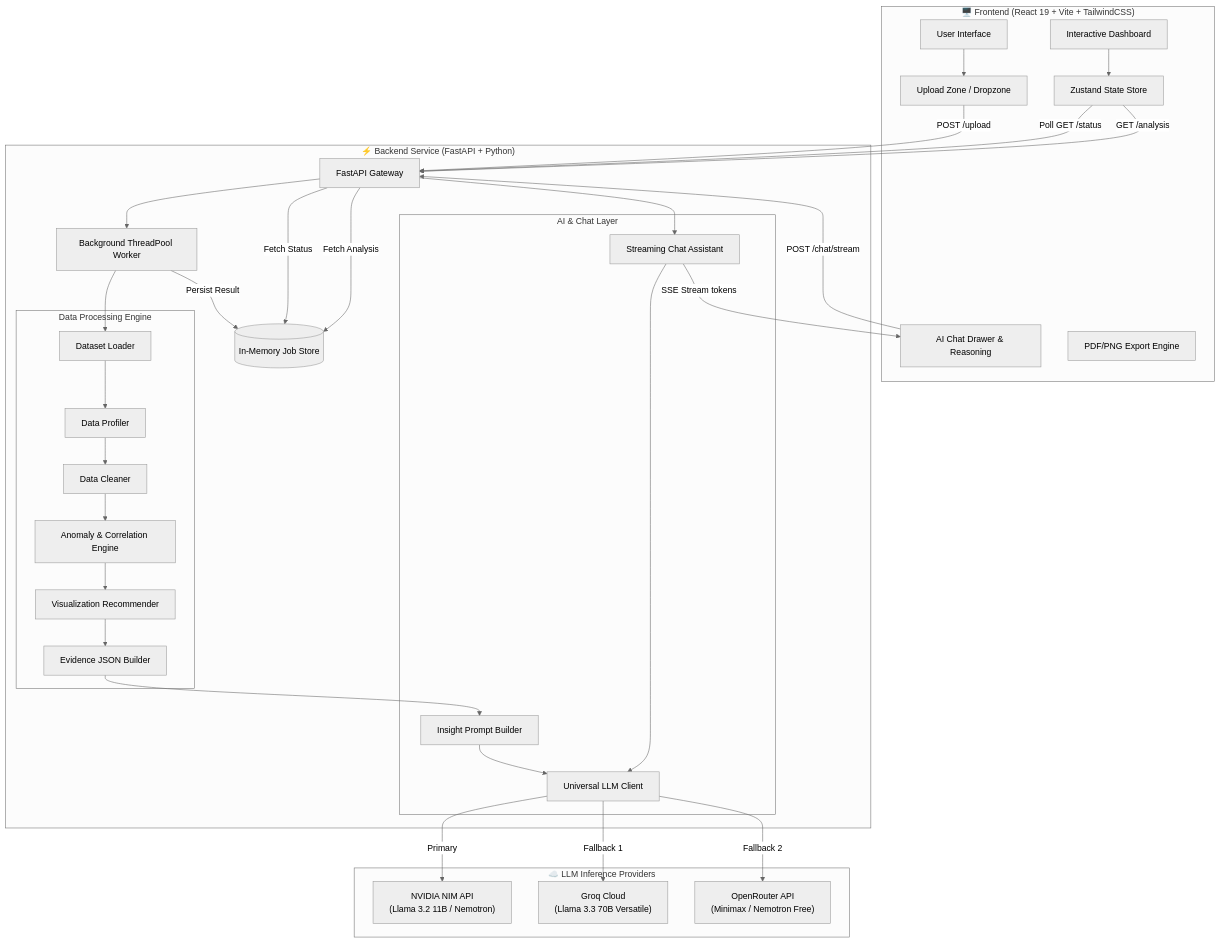
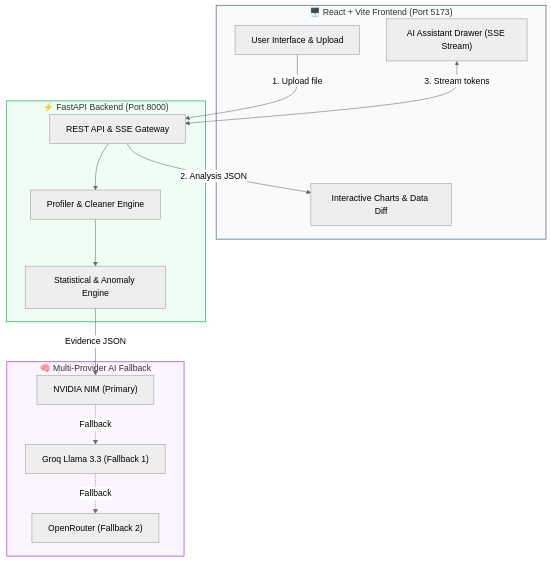
Before and after one commit to s1Siddharth/HackMee: the second of 2 diagrams in README.md, drawn with Mermaid (neutral theme). The commit also changed other lines of this file, not shown here.

Commit message:
docs: Simplify and streamline README with clean, readable flowcharts

````diff
--- a/README.md
+++ b/README.md
@@ -95,61 +41,32 @@
 ```mermaid
-graph TB
-    subgraph Client["🖥️ Frontend (React 19 + Vite + TailwindCSS)"]
-        UI[User Interface]
-        UZ[Upload Zone / Dropzone]
-        DP[Interactive Dashboard]
-        CP[AI Chat Drawer & Reasoning]
-        EM[PDF/PNG Export Engine]
-        Store[Zustand State Store]
+flowchart TD
+    subgraph Frontend ["🖥️ React + Vite Frontend (Port 5173)"]
+        UI["User Interface & Upload"]
+        Dash["Interactive Charts & Data Diff"]
+        Chat["AI Assistant Drawer (SSE Stream)"]
     end
 
-    subgraph Backend["⚡ Backend Service (FastAPI + Python)"]
-        API[FastAPI Gateway]
-        TPE[Background ThreadPool Worker]
-        JobStore[(In-Memory Job Store)]
-        
-        subgraph Pipeline["Data Processing Engine"]
-            Loader[Dataset Loader]
-            Profiler[Data Profiler]
-            Cleaner[Data Cleaner]
-            Stats[Anomaly & Correlation Engine]
-            VizRec[Visualization Recommender]
-            Evidence[Evidence JSON Builder]
-        end
-
-        subgraph AI["AI & Chat Layer"]
-            PromptGen[Insight Prompt Builder]
-            LLMClient[Universal LLM Client]
-            ChatEngine[Streaming Chat Assistant]
-        end
+    subgraph Backend ["⚡ FastAPI Backend (Port 8000)"]
+        API["REST API & SSE Gateway"]
+        Clean["Profiler & Cleaner Engine"]
+        Analytics["Statistical & Anomaly Engine"]
     end
 
-    subgraph Providers["☁️ LLM Inference Providers"]
-        NVIDIA["NVIDIA NIM API\n(Llama 3.2 11B / Nemotron)"]
-        Groq["Groq Cloud\n(Llama 3.3 70B Versatile)"]
-        OpenRouter["OpenRouter API\n(Minimax / Nemotron Free)"]
+    subgraph AI ["🧠 Multi-Provider AI Fallback"]
+        NVIDIA["NVIDIA NIM (Primary)"]
+        Groq["Groq Llama 3.3 (Fallback 1)"]
+        OpenRouter["OpenRouter (Fallback 2)"]
     end
 
-    UI --> UZ
-    UZ -->|POST /upload| API
-    API --> TPE
-    TPE --> Loader
-    Loader --> Profiler --> Cleaner --> Stats --> VizRec --> Evidence
-    Evidence --> PromptGen --> LLMClient
+    UI -->|"1. Upload file"| API
+    API --> Clean --> Analytics
+    Analytics -->|"Evidence JSON"| NVIDIA
+    NVIDIA -.->|"Fallback"| Groq -.->|"Fallback"| OpenRouter
     
-    LLMClient -->|Primary| NVIDIA
-    LLMClient -->|Fallback 1| Groq
-    LLMClient -->|Fallback 2| OpenRouter
-    
-    TPE -->|Persist Result| JobStore
-    Store -->|Poll GET /status| API
-    API -->|Fetch Status| JobStore
-    Store -->|GET /analysis| API
-    API -->|Fetch Analysis| JobStore
-    DP --> Store
-    
-    CP -->|POST /chat/stream| API
-    API --> ChatEngine
-    ChatEngine --> LLMClient
-    ChatEngine -->|SSE Stream tokens| CP
+    API -->|"2. Analysis JSON"| Dash
+    Chat <-->|"3. Stream tokens"| API
+
+    style Frontend fill:#f8fafc,stroke:#64748b,stroke-width:1.5px
+    style Backend fill:#f0fdf4,stroke:#22c55e,stroke-width:1.5px
+    style AI fill:#faf5ff,stroke:#a855f7,stroke-width:1.5px
 ```
````
